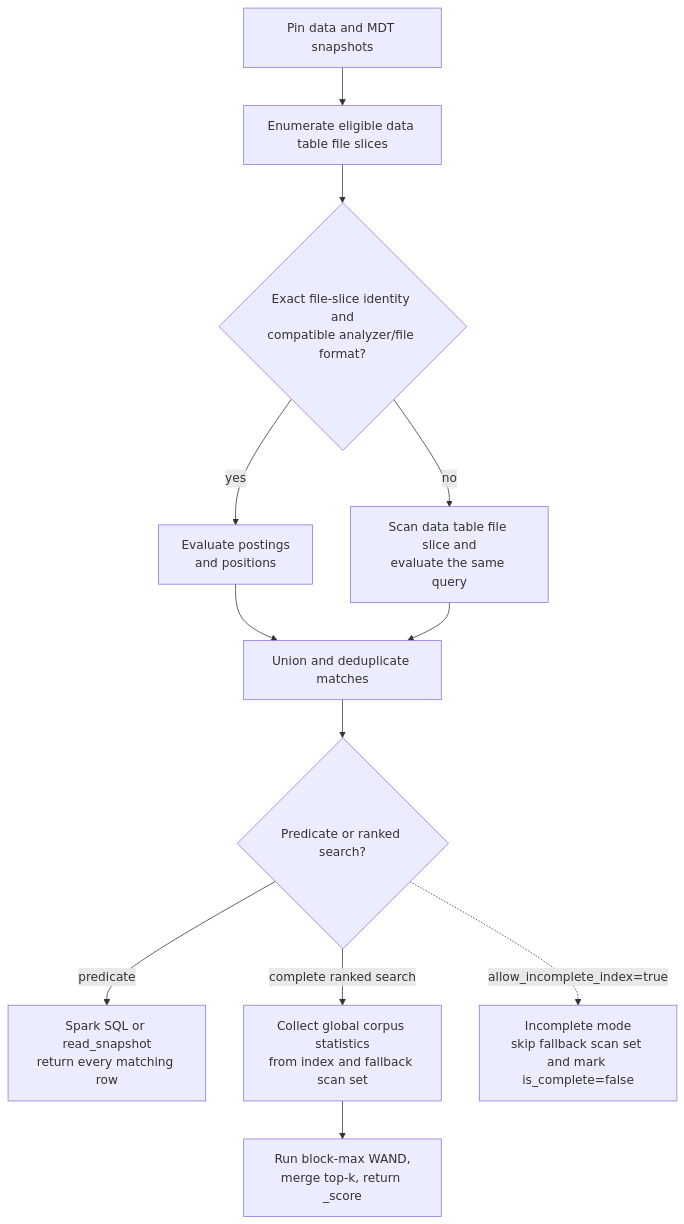
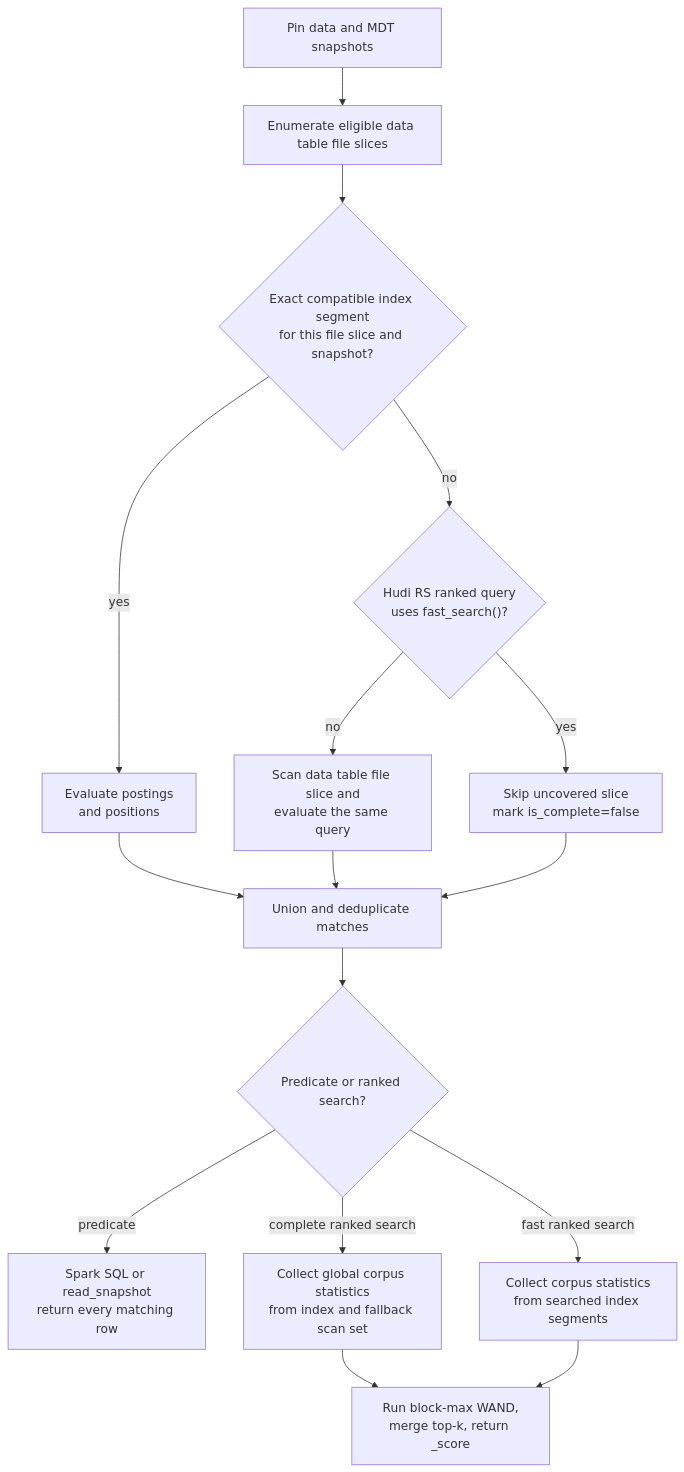
One commit to apache/hudi changed the fourth of 4 diagrams in rfc/rfc-110/rfc-110.md. Above: the diagram before and after it, drawn with Mermaid. The commit also changed other lines of this file, not shown here.

Commit message:
docs: polish RFC-110 text index design

````diff
--- a/rfc/rfc-110/rfc-110.md
+++ b/rfc/rfc-110/rfc-110.md
@@ -679,26 +703,32 @@
 ```mermaid
 flowchart TD
     START["Pin data and MDT snapshots"]
     ENUMERATE["Enumerate eligible data table file slices"]
-    COMPAT{"Exact file-slice identity and<br/>compatible analyzer/file format?"}
+    COMPAT{"Exact compatible index segment<br/>for this file slice and snapshot?"}
     POSTINGS["Evaluate postings<br/>and positions"]
+    MODE{"Hudi RS ranked query<br/>uses fast_search()?"}
     FALLBACK["Scan data table file slice and<br/>evaluate the same query"]
+    SKIP["Skip uncovered slice<br/>mark is_complete=false"]
     MERGE["Union and deduplicate matches"]
     API{"Predicate or ranked search?"}
     SQL["Spark SQL or read_snapshot<br/>return every matching row"]
     STATS["Collect global corpus statistics<br/>from index and fallback scan set"]
+    FAST_STATS["Collect corpus statistics<br/>from searched index segments"]
     TOPK["Run block-max WAND,<br/>merge top-k, return _score"]
-    INCOMPLETE["Incomplete mode<br/>skip fallback scan set and mark is_complete=false"]
 
     START --> ENUMERATE
     ENUMERATE --> COMPAT
     COMPAT -->|"yes"| POSTINGS
-    COMPAT -->|"no"| FALLBACK
+    COMPAT -->|"no"| MODE
+    MODE -->|"no"| FALLBACK
+    MODE -->|"yes"| SKIP
     POSTINGS --> MERGE
     FALLBACK --> MERGE
+    SKIP --> MERGE
     MERGE --> API
     API -->|"predicate"| SQL
     API -->|"complete ranked search"| STATS
     STATS --> TOPK
-    API -.->|"allow_incomplete_index=true"| INCOMPLETE
+    API -->|"fast ranked search"| FAST_STATS
+    FAST_STATS --> TOPK
 ```
````
